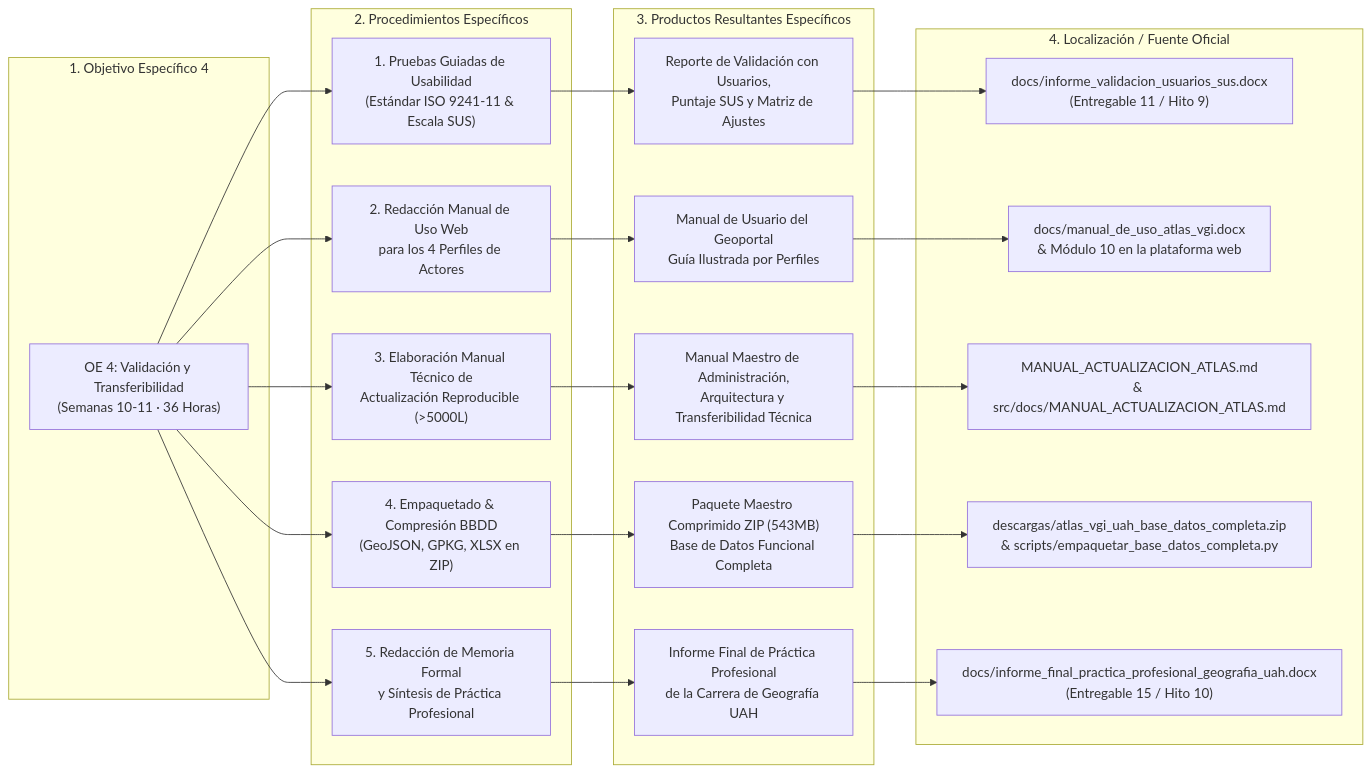
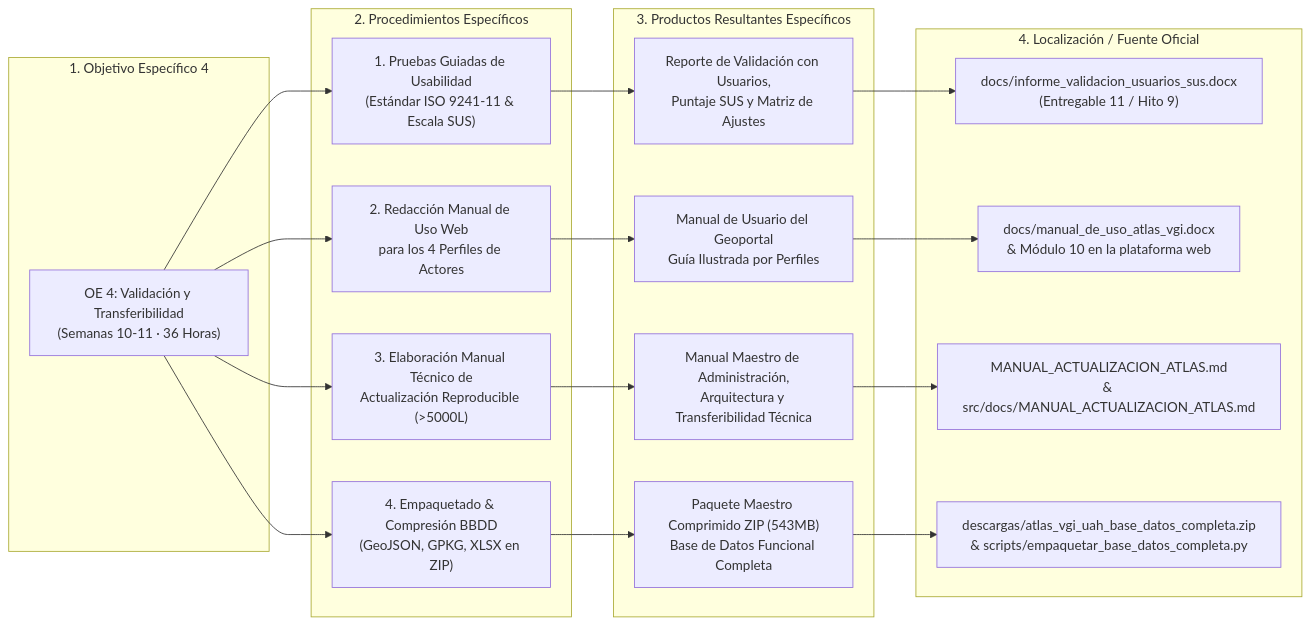
One commit to GEOJOTA/atlas_vgi_territorial changed the fourth of 25 diagrams in MANUAL_ACTUALIZACION_ATLAS.md. Above: the diagram before and after it, drawn with Mermaid. The commit also changed other lines of this file and 4 other files, not shown here.

Commit message:
docs: depurar procedimientos y entregables de delimitación (OE1), homologación geodésica (OE2) e informe final (OE4)

````diff
--- a/MANUAL_ACTUALIZACION_ATLAS.md
+++ b/MANUAL_ACTUALIZACION_ATLAS.md
@@ -330,36 +319,32 @@
 ```mermaid
 flowchart LR
     subgraph OBJ4["1. Objetivo Específico 4"]
         O4["OE 4: Validación y Transferibilidad\n(Semanas 10-11 · 36 Horas)"]
     end
 
     subgraph PROC4["2. Procedimientos Específicos"]
         P4_1["1. Pruebas Guiadas de Usabilidad\n(Estándar ISO 9241-11 & Escala SUS)"]
         P4_2["2. Redacción Manual de Uso Web\npara los 4 Perfiles de Actores"]
         P4_3["3. Elaboración Manual Técnico de\nActualización Reproducible (>5000L)"]
         P4_4["4. Empaquetado & Compresión BBDD\n(GeoJSON, GPKG, XLSX en ZIP)"]
-        P4_5["5. Redacción de Memoria Formal\ny Síntesis de Práctica Profesional"]
     end
 
     subgraph PROD4["3. Productos Resultantes Específicos"]
         PR4_1["Reporte de Validación con Usuarios,\nPuntaje SUS y Matriz de Ajustes"]
         PR4_2["Manual de Usuario del Geoportal\nGuía Ilustrada por Perfiles"]
         PR4_3["Manual Maestro de Administración,\nArquitectura y Transferibilidad Técnica"]
         PR4_4["Paquete Maestro Comprimido ZIP (543MB)\nBase de Datos Funcional Completa"]
-        PR4_5["Informe Final de Práctica Profesional\nde la Carrera de Geografía UAH"]
     end
 
     subgraph LOC4["4. Localización / Fuente Oficial"]
         L4_1["docs/informe_validacion_usuarios_sus.docx\n(Entregable 11 / Hito 9)"]
         L4_2["docs/manual_de_uso_atlas_vgi.docx\n& Módulo 10 en la plataforma web"]
         L4_3["MANUAL_ACTUALIZACION_ATLAS.md\n& src/docs/MANUAL_ACTUALIZACION_ATLAS.md"]
         L4_4["descargas/atlas_vgi_uah_base_datos_completa.zip\n& scripts/empaquetar_base_datos_completa.py"]
-        L4_5["docs/informe_final_practica_profesional_geografia_uah.docx\n(Entregable 15 / Hito 10)"]
     end
 
     O4 --> P4_1 --> PR4_1 --> L4_1
     O4 --> P4_2 --> PR4_2 --> L4_2
     O4 --> P4_3 --> PR4_3 --> L4_3
     O4 --> P4_4 --> PR4_4 --> L4_4
-    O4 --> P4_5 --> PR4_5 --> L4_5
 ```
````
